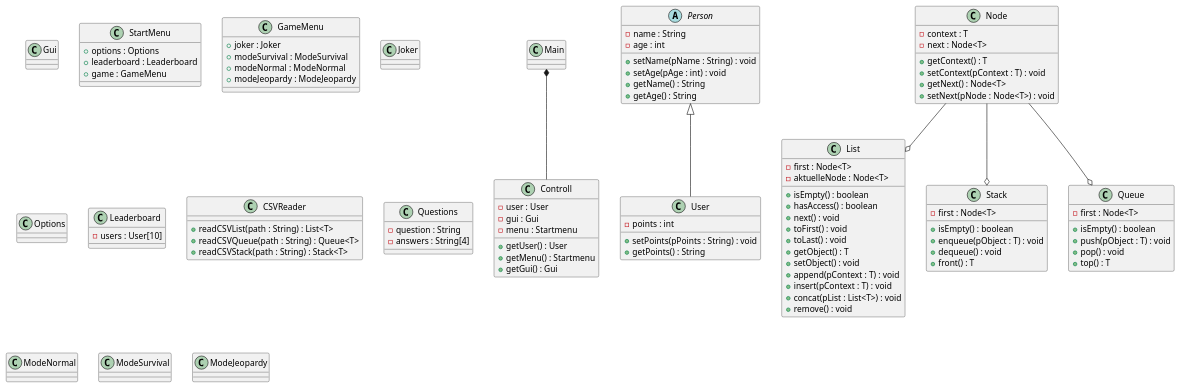
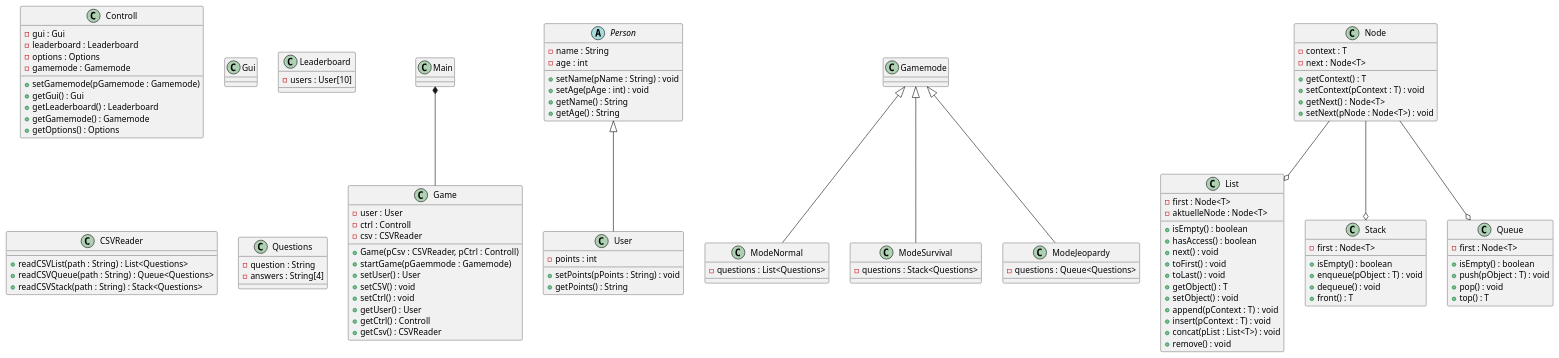
The diagram in doku/lastenheft/Diagramme/Klassendiagramm.puml (Kevin-Kroeger/dynamische-Datenstrukturen-Team-4), drawn with PlantUML before and after one commit.

Commit message:
[CHA] Klassendiagramm.puml

```diff
--- a/doku/lastenheft/Diagramme/Klassendiagramm.puml
+++ b/doku/lastenheft/Diagramme/Klassendiagramm.puml
@@ -1,142 +1,143 @@
 @startuml
-'https://plantuml.com/class-diagram
+ 'https://plantuml.com/class-diagram
 
- class Main
+class Main
 
- class Controll{
- - user : User
- - gui : Gui
- - menu : Startmenu
- + getUser() : User
- + getMenu() : Startmenu
- + getGui() : Gui
+class Game{
+- user : User
+- ctrl : Controll
+- csv : CSVReader
+
++ Game(pCsv : CSVReader, pCtrl : Controll)
++ startGame(pGaemmode : Gamemode)
++ setUser() : User
++ setCSV() : void
++ setCtrl() : void
++ getUser() : User
++ getCtrl() : Controll
++ getCsv() : CSVReader
+}
+
+
+class Controll{
+
+- gui : Gui
+- leaderboard : Leaderboard
+- options : Options
+- gamemode : Gamemode
+
++ setGamemode(pGamemode : Gamemode)
++ getGui() : Gui
++ getLeaderboard() : Leaderboard
++ getGamemode() : Gamemode
++ getOptions() : Options
+}
+
+class User{
+- points : int
+
++ setPoints(pPoints : String) : void
++ getPoints() : String
+}
+
+abstract class Person{
+- name : String
+- age : int
+
++ setName(pName : String) : void
++ setAge(pAge : int) : void
++ getName() : String
++ getAge() : String
+}
+
+class Gui{
+
+}
+
+class Leaderboard{
+- users : User[10]
  }
 
- class User{
- - points : int
+class CSVReader{
++ readCSVList(path : String) : List<Questions>
++ readCSVQueue(path : String) : Queue<Questions>
++ readCSVStack(path : String) : Stack<Questions>
 
- + setPoints(pPoints : String) : void
- + getPoints() : String
- }
-
- abstract class Person{
- - name : String
- - age : int
-
- + setName(pName : String) : void
- + setAge(pAge : int) : void
- + getName() : String
- + getAge() : String
- }
-
- class Gui{
-
- }
-
- class StartMenu{
- + options : Options
- + leaderboard : Leaderboard
- + game : GameMenu
- }
-
- class GameMenu{
- + joker : Joker
- + modeSurvival : ModeSurvival
- + modeNormal : ModeNormal
- + modeJeopardy : ModeJeopardy
- }
-
- class Joker{
-
- }
-
- class Options{
-
- }
-
- class Leaderboard{
- - users : User[10]
- }
-
- class CSVReader{
- + readCSVList(path : String) : List<T>
- + readCSVQueue(path : String) : Queue<T>
- + readCSVStack(path : String) : Stack<T>
-
- }
-
- class Node{
- - context : T
- - next : Node<T>
-
- + getContext() : T
- + setContext(pContext : T) : void
- + getNext() : Node<T>
- + setNext(pNode : Node<T>) : void
- }
-
- class List{
- - first : Node<T>
- - aktuelleNode : Node<T>
-
- + isEmpty() : boolean
- + hasAccess() : boolean
- + next() : void
- + toFirst() : void
- + toLast() : void
- + getObject() : T
- + setObject() : void
- + append(pContext : T) : void
- + insert(pContext : T) : void
- + concat(pList : List<T>) : void
- + remove() : void
- }
-
- class Stack{
- - first : Node<T>
-
- + isEmpty() : boolean
- + enqueue(pObject : T) : void
- + dequeue() : void
- + front() : T
- }
-
- class Queue{
- - first : Node<T>
-
- + isEmpty() : boolean
- + push(pObject : T) : void
- + pop() : void
- + top() : T
- }
-
- class Questions{
- - question : String
- - answers : String[4]
- }
-
- class ModeNormal{
-
- }
-
- class ModeSurvival{
-
- }
-
- class ModeJeopardy{
-
- }
+}
 
 
-
- Main *-- Controll
-
- Person <|-- User
-
- Node --o Stack
- Node --o Queue
- Node --o List
+class Questions{
+- question : String
+- answers : String[4]
+}
 
 
+class Gamemode{
 
+}
+
+class ModeNormal extends Gamemode{
+- questions : List<Questions>
+}
+
+class ModeSurvival extends Gamemode{
+- questions : Stack<Questions>
+}
+
+class ModeJeopardy extends Gamemode{
+- questions : Queue<Questions>
+}
+
+class Node{
+- context : T
+- next : Node<T>
+
++ getContext() : T
++ setContext(pContext : T) : void
++ getNext() : Node<T>
++ setNext(pNode : Node<T>) : void
+}
+
+class List{
+- first : Node<T>
+- aktuelleNode : Node<T>
+
++ isEmpty() : boolean
++ hasAccess() : boolean
++ next() : void
++ toFirst() : void
++ toLast() : void
++ getObject() : T
++ setObject() : void
++ append(pContext : T) : void
++ insert(pContext : T) : void
++ concat(pList : List<T>) : void
++ remove() : void
+}
+
+class Stack{
+- first : Node<T>
+
++ isEmpty() : boolean
++ enqueue(pObject : T) : void
++ dequeue() : void
++ front() : T
+}
+
+class Queue{
+- first : Node<T>
+
++ isEmpty() : boolean
++ push(pObject : T) : void
++ pop() : void
++ top() : T
+}
+
+Main *-- Game
+
+Person <|-- User
+
+Node --o Stack
+Node --o Queue
+Node --o List
 @enduml
```
